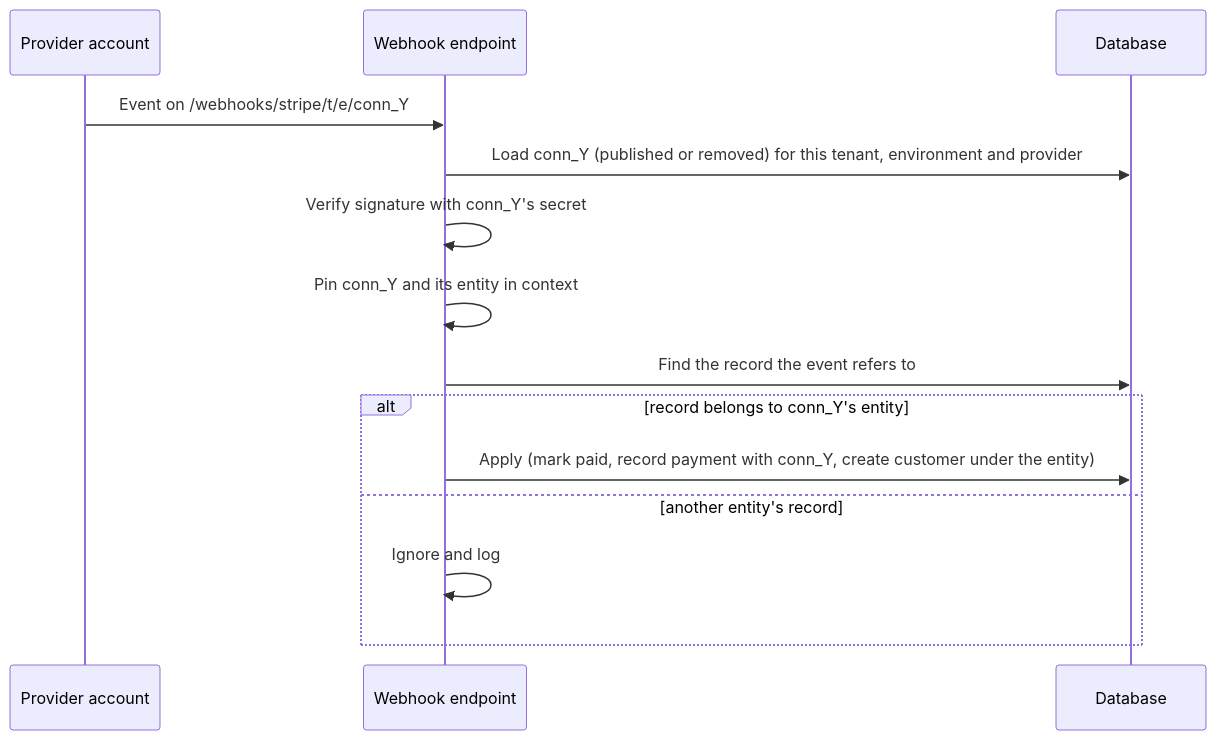
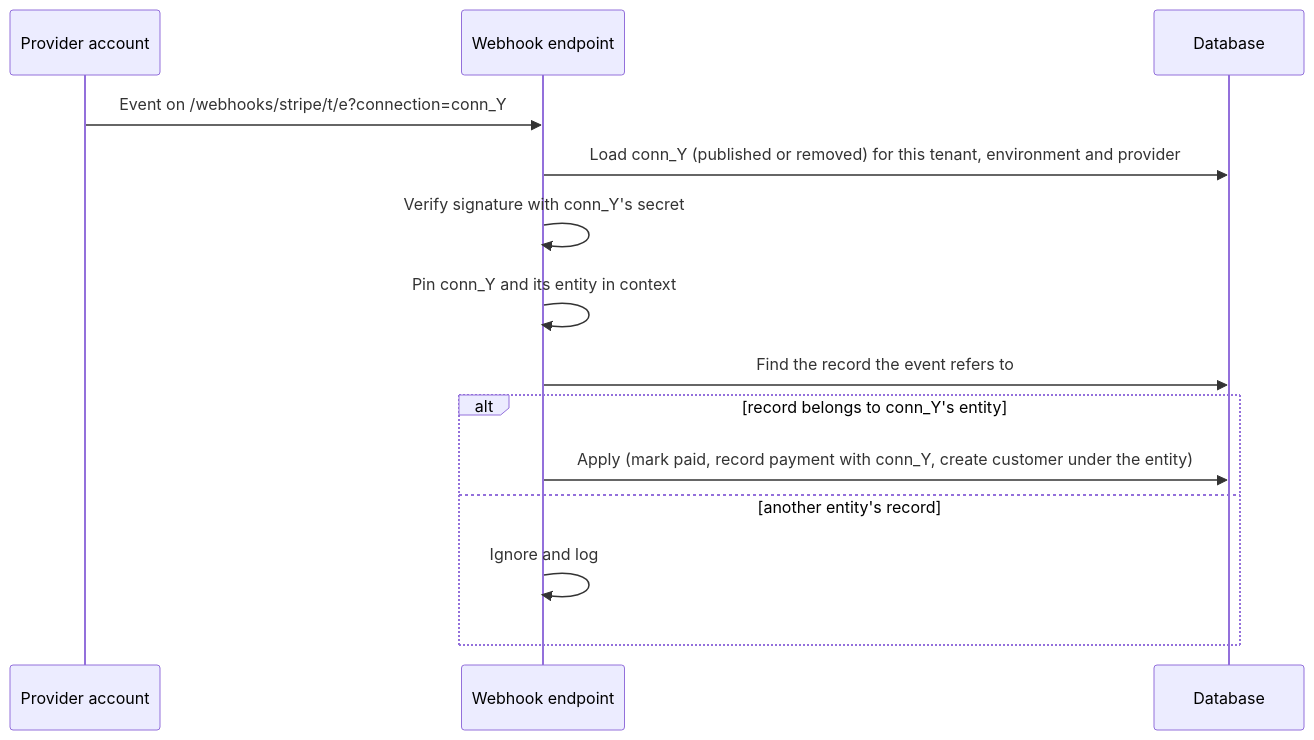
The fifth of 5 diagrams in docs/design/2026-10-28-billing-entities-p2-erd.md (flexprice/flexprice), drawn with Mermaid before and after one commit. The commit also changed other lines of this file and 2 other files, not shown here.

First line of the commit message:
refactor(billing-entities): name the webhook connection with ?connection=

````diff
--- a/docs/design/2026-10-28-billing-entities-p2-erd.md
+++ b/docs/design/2026-10-28-billing-entities-p2-erd.md
@@ -331,16 +331,16 @@
 ```mermaid
 sequenceDiagram
   participant P as Provider account
   participant API as Webhook endpoint
   participant DB as Database
-  P->>API: Event on /webhooks/stripe/t/e/conn_Y
+  P->>API: Event on /webhooks/stripe/t/e?connection=conn_Y
   API->>DB: Load conn_Y (published or removed) for this tenant, environment and provider
   API->>API: Verify signature with conn_Y's secret
   API->>API: Pin conn_Y and its entity in context
   API->>DB: Find the record the event refers to
   alt record belongs to conn_Y's entity
     API->>DB: Apply (mark paid, record payment with conn_Y, create customer under the entity)
   else another entity's record
     API->>API: Ignore and log
   end
 ```
````
